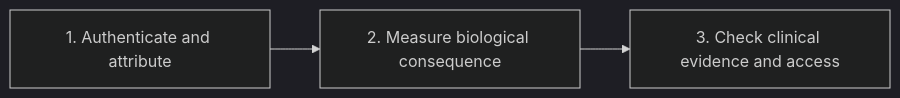
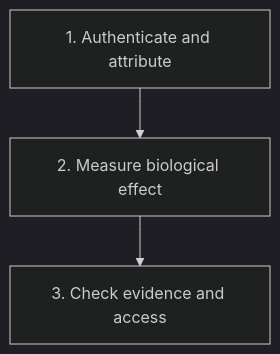
The diagram in wiki/education/guides/from-variant-to-drug/01-authenticate-and-attribute-the-finding.md (jasonLaster/oncoguide), drawn with Mermaid (dark theme) before and after one commit. The commit also changed other lines of this file and 34 other files, not shown here.

````diff
--- a/wiki/education/guides/from-variant-to-drug/01-authenticate-and-attribute-the-finding.md
+++ b/wiki/education/guides/from-variant-to-drug/01-authenticate-and-attribute-the-finding.md
@@ -28,5 +28,5 @@
 ```mermaid
-flowchart LR
- A["1. Authenticate and attribute"] --> B["2. Measure biological consequence"]
- B --> C["3. Check clinical evidence and access"]
+flowchart TD
+ A["1. Authenticate and attribute"] --> B["2. Measure biological effect"]
+ B --> C["3. Check evidence and access"]
 ```
````
